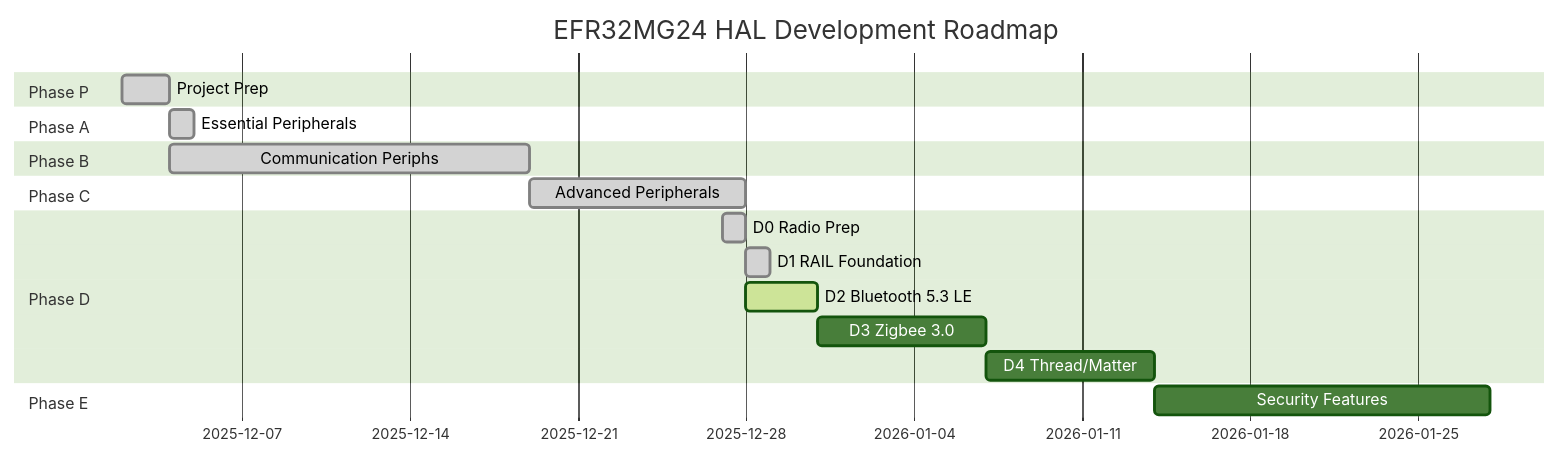
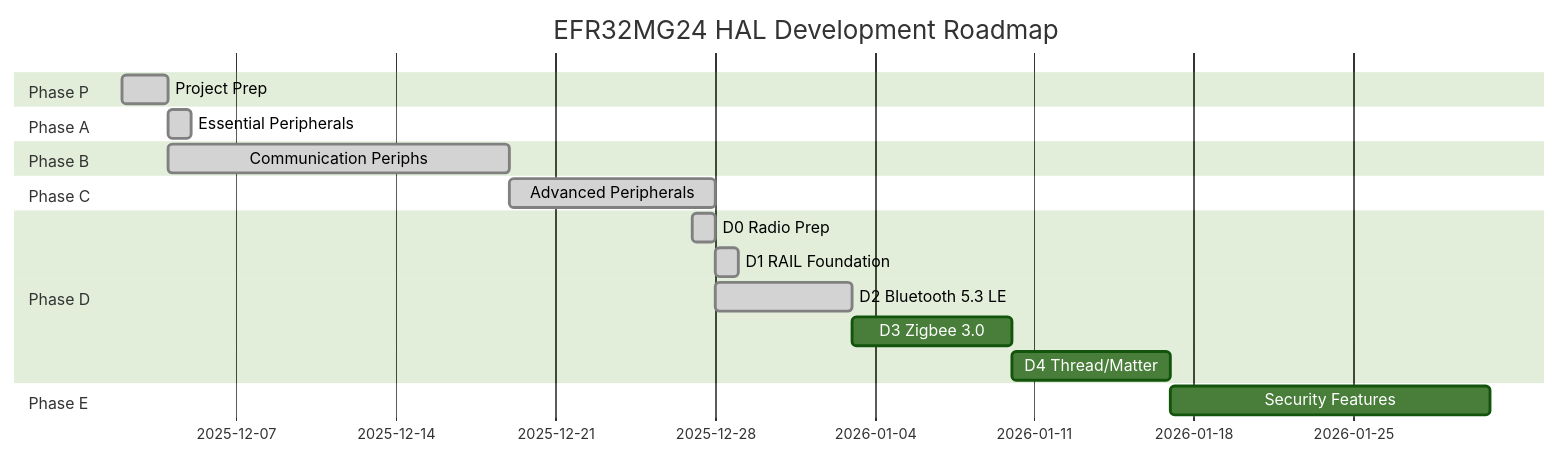
The diagram in README.md (bitscrafts/EFR32MG2X-RS), drawn with Mermaid (forest theme) before and after one commit. The commit also changed other lines of this file and 4 other files, not shown here.

````diff
--- a/README.md
+++ b/README.md
@@ -52,21 +52,21 @@
 ```mermaid
 gantt
     title EFR32MG24 HAL Development Roadmap
     dateFormat YYYY-MM-DD
     section Phase P
     Project Prep         :done, p, 2025-12-02, 2d
     section Phase A
     Essential Peripherals :done, a, 2025-12-04, 1d
     section Phase B
     Communication Periphs :done, b, 2025-12-04, 15d
     section Phase C
     Advanced Peripherals  :done, c, 2025-12-19, 9d
     section Phase D
     D0 Radio Prep        :done, d0, 2025-12-27, 1d
     D1 RAIL Foundation   :done, d1, 2025-12-28, 1d
-    D2 Bluetooth 5.3 LE  :active, d2, 2025-12-28, 3d
+    D2 Bluetooth 5.3 LE  :done, d2, 2025-12-28, 6d
     D3 Zigbee 3.0        :d3, after d2, 7d
     D4 Thread/Matter     :d4, after d3, 7d
     section Phase E
     Security Features    :e, after d4, 14d
 ```
````
